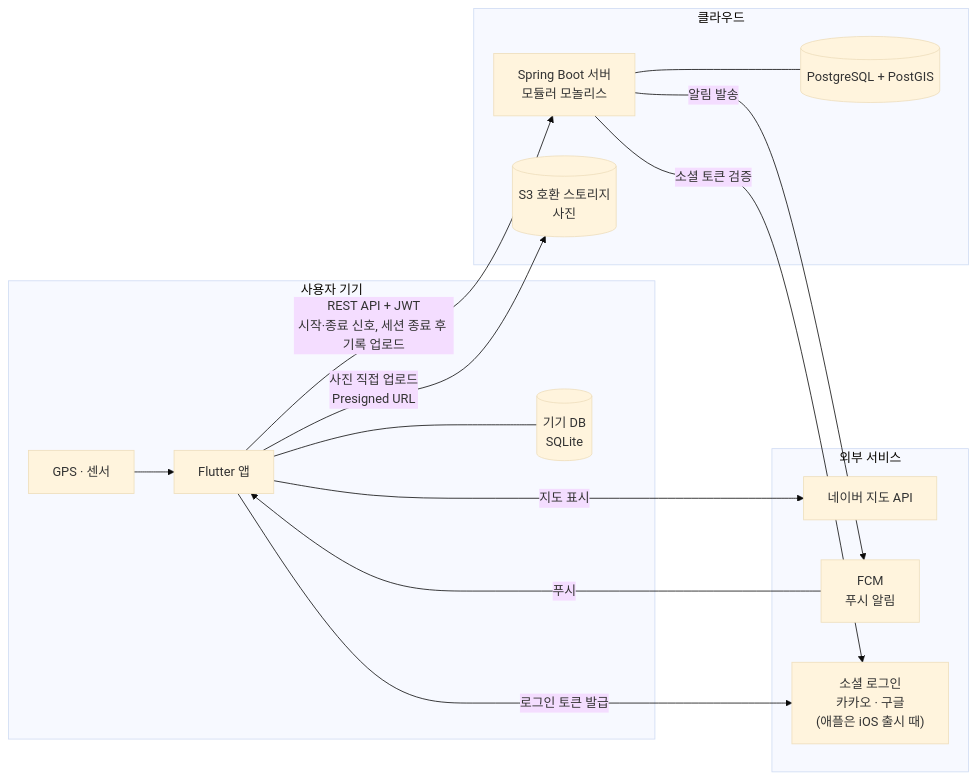
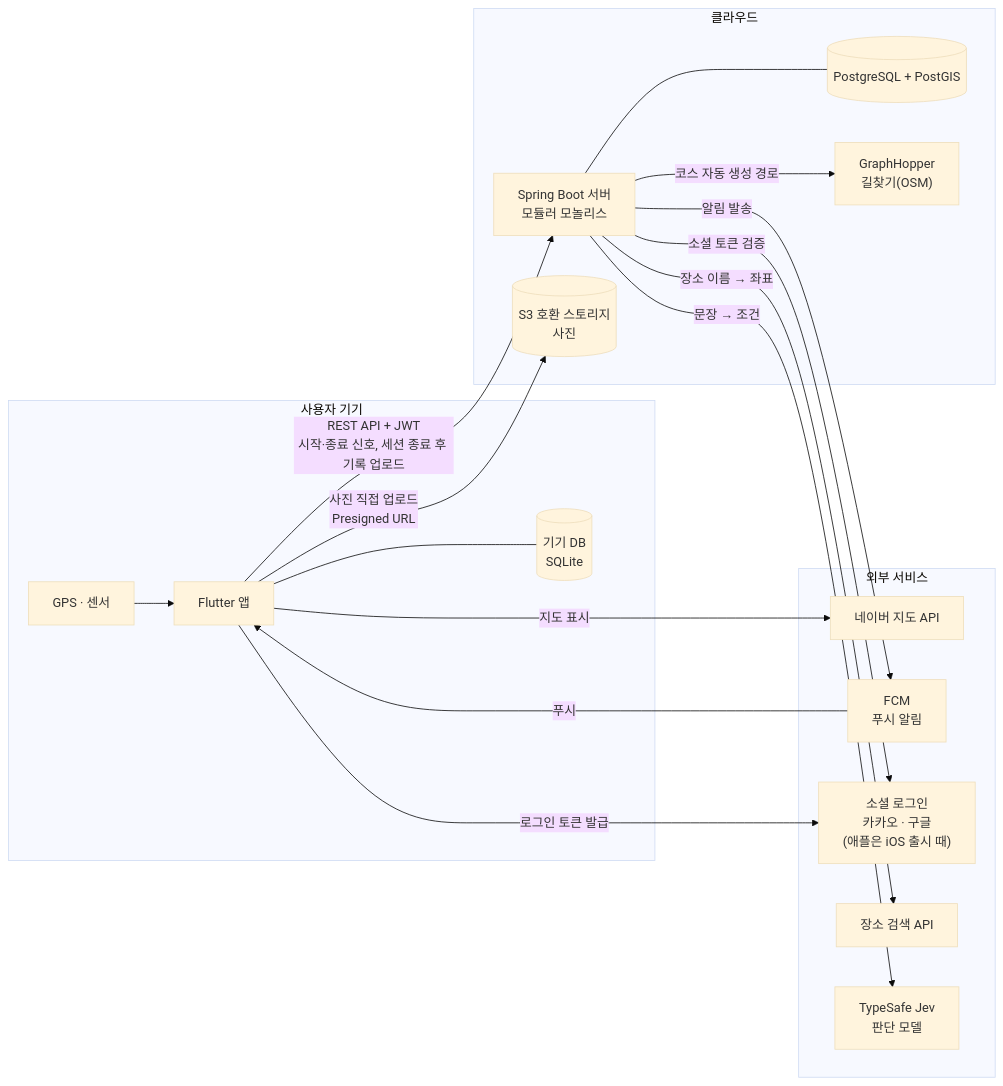
One commit to SunMoonUniv/WADADAK changed the first of 4 diagrams in 개발 정책 v3.md. Above: the diagram before and after it, drawn with Mermaid (base theme). The commit also changed other lines of this file and 1 other file, not shown here.

````diff
--- a/개발 정책 v3.md
+++ b/개발 정책 v3.md
@@ -27,31 +27,37 @@
 ```mermaid
 flowchart LR
     subgraph Device["사용자 기기"]
         App["Flutter 앱"]
         LocalDB[("기기 DB<br/>SQLite")]
         GPS["GPS · 센서"]
         App --- LocalDB
         GPS --> App
     end
 
     subgraph External["외부 서비스"]
         NaverMap["네이버 지도 API"]
         FCM["FCM<br/>푸시 알림"]
         Social["소셜 로그인<br/>카카오 · 구글<br/>(애플은 iOS 출시 때)"]
+        PlaceSearch["장소 검색 API"]
+        Jev["TypeSafe Jev<br/>판단 모델"]
     end
 
     subgraph Cloud["클라우드"]
         Server["Spring Boot 서버<br/>모듈러 모놀리스"]
         DB[("PostgreSQL + PostGIS")]
         Storage[("S3 호환 스토리지<br/>사진")]
+        Routing["GraphHopper<br/>길찾기(OSM)"]
         Server --- DB
+        Server -->|"코스 자동 생성 경로"| Routing
     end
 
     App -->|"지도 표시"| NaverMap
     App -->|"로그인 토큰 발급"| Social
     App -->|"REST API + JWT<br/>시작·종료 신호, 세션 종료 후 기록 업로드"| Server
     App -->|"사진 직접 업로드<br/>Presigned URL"| Storage
     Server -->|"소셜 토큰 검증"| Social
     Server -->|"알림 발송"| FCM
+    Server -->|"장소 이름 → 좌표"| PlaceSearch
+    Server -->|"문장 → 조건"| Jev
     FCM -->|"푸시"| App
 ```
````
